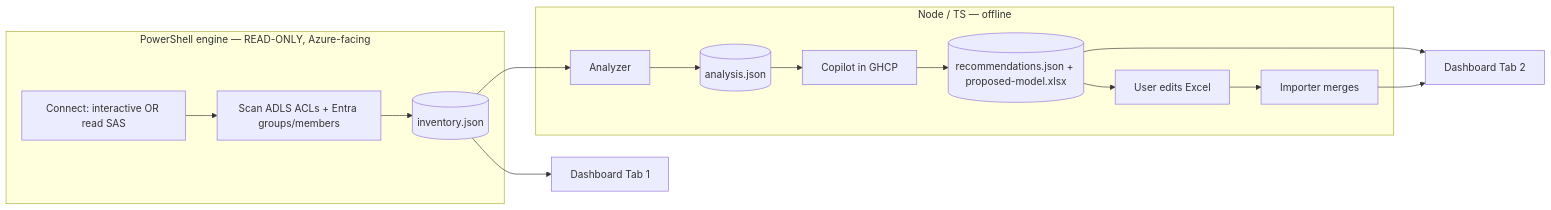
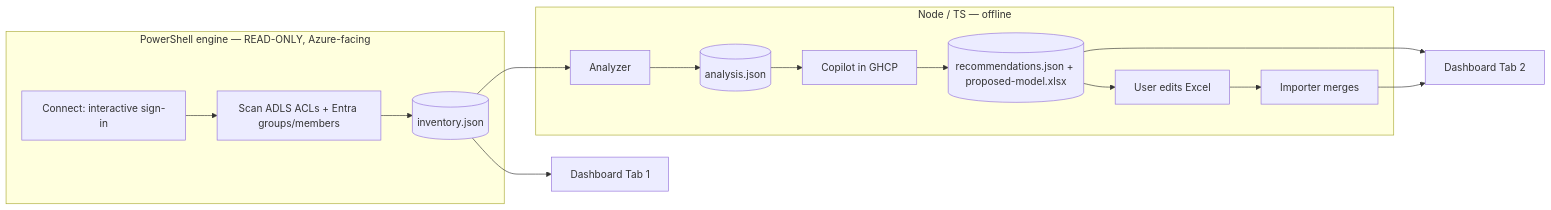
One commit to pcayerMS/ACLassist changed the diagram in docs/ARCHITECTURE.md. Above: the diagram before and after it, drawn with Mermaid. The commit also changed 14 other files, not shown here.

Commit message:
Customer-usable: interactive Initialize-Config.ps1 (pick sub/account/container, remember prior answers), remove hardcoded lab target + SAS; scrub sample/generator to placeholders; docs

````diff
--- a/docs/ARCHITECTURE.md
+++ b/docs/ARCHITECTURE.md
@@ -9,15 +9,15 @@
 ```mermaid
 flowchart LR
     subgraph AZ["PowerShell engine — READ-ONLY, Azure-facing"]
-        B[Connect: interactive OR read SAS] --> C[Scan ADLS ACLs + Entra groups/members]
+        B[Connect: interactive sign-in] --> C[Scan ADLS ACLs + Entra groups/members]
         C --> D[(inventory.json)]
     end
     subgraph OFF["Node / TS — offline"]
         D --> E[Analyzer] --> F[(analysis.json)]
         F --> G[Copilot in GHCP] --> H[(recommendations.json + proposed-model.xlsx)]
         H --> I[User edits Excel] --> J[Importer merges]
     end
     D --> K[Dashboard Tab 1]
     H --> L[Dashboard Tab 2]
     J --> L
 ```
````
